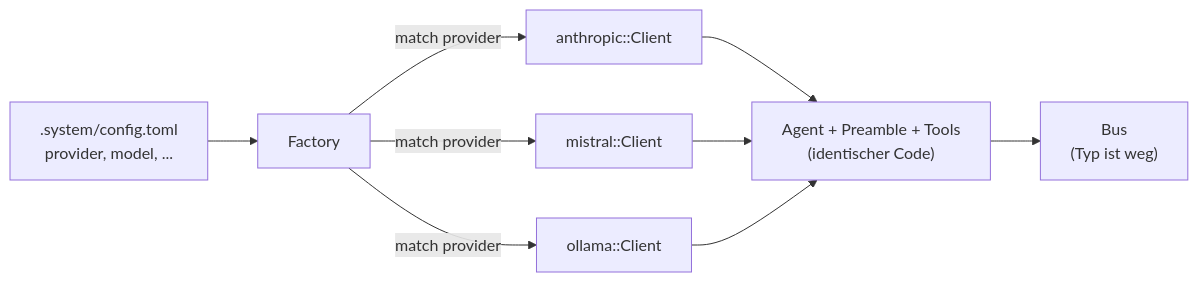
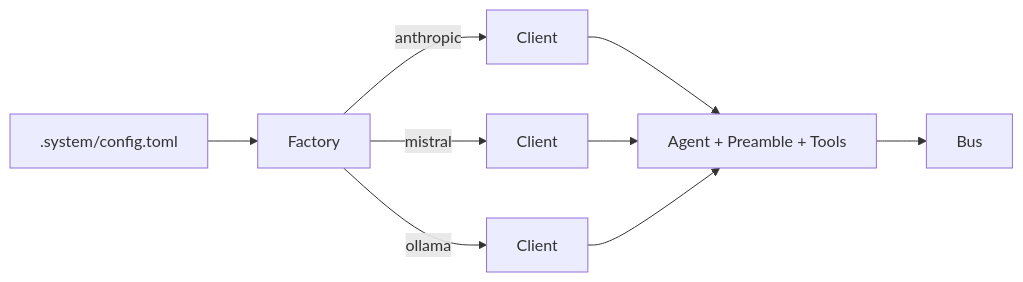
The fourth of 6 diagrams in docs/ARCHITECTURE.md (Superheld/aiux), drawn with Mermaid before and after one commit. The commit also changed other lines of this file, not shown here.

First line of the commit message:
docs: ARCHITECTURE gestrafft (585 → 258 Zeilen), mehr Mermaid

````diff
--- a/docs/ARCHITECTURE.md
+++ b/docs/ARCHITECTURE.md
@@ -145,11 +125,9 @@
 ```mermaid
 flowchart LR
-  Config[".system/config.toml\nprovider, model, ..."] --> Factory
-  Factory -->|"match provider"| A[anthropic::Client]
-  Factory -->|"match provider"| B[mistral::Client]
-  Factory -->|"match provider"| C[ollama::Client]
-  A --> Agent["Agent + Preamble + Tools\n(identischer Code)"]
-  B --> Agent
-  C --> Agent
-  Agent --> Bus["Bus\n(Typ ist weg)"]
+  Config[".system/config.toml"] --> Factory
+  Factory -->|anthropic| A[Client]
+  Factory -->|mistral| B[Client]
+  Factory -->|ollama| C[Client]
+  A & B & C --> Agent["Agent + Preamble + Tools"]
+  Agent --> Bus
 ```
````
